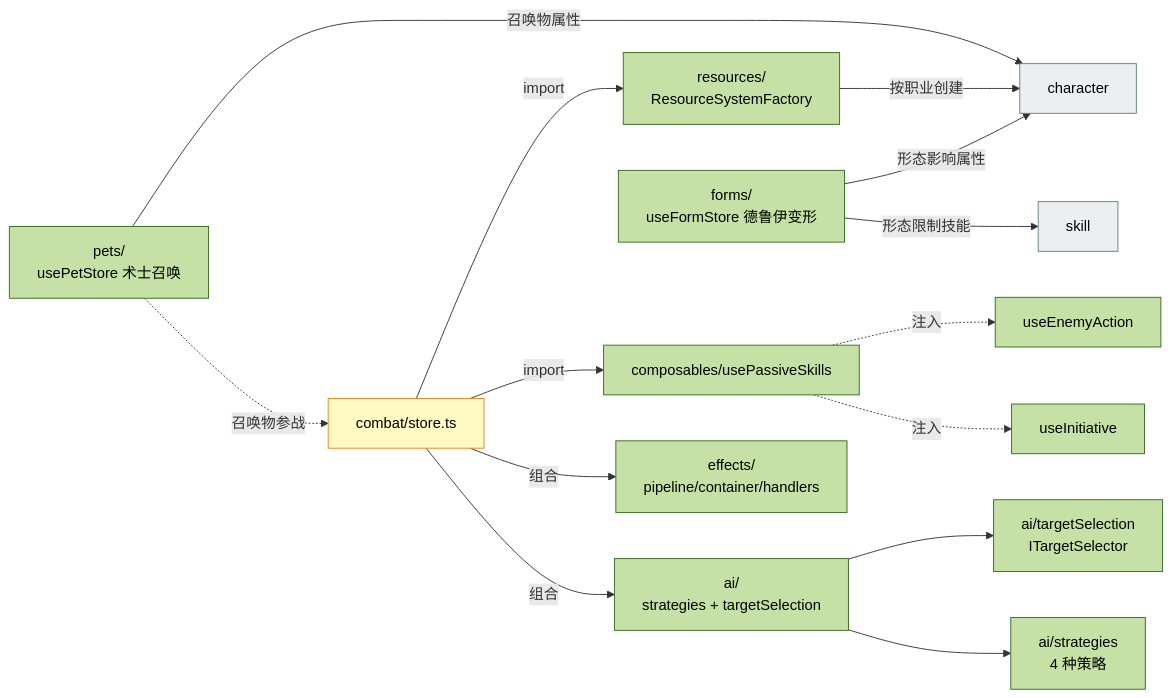
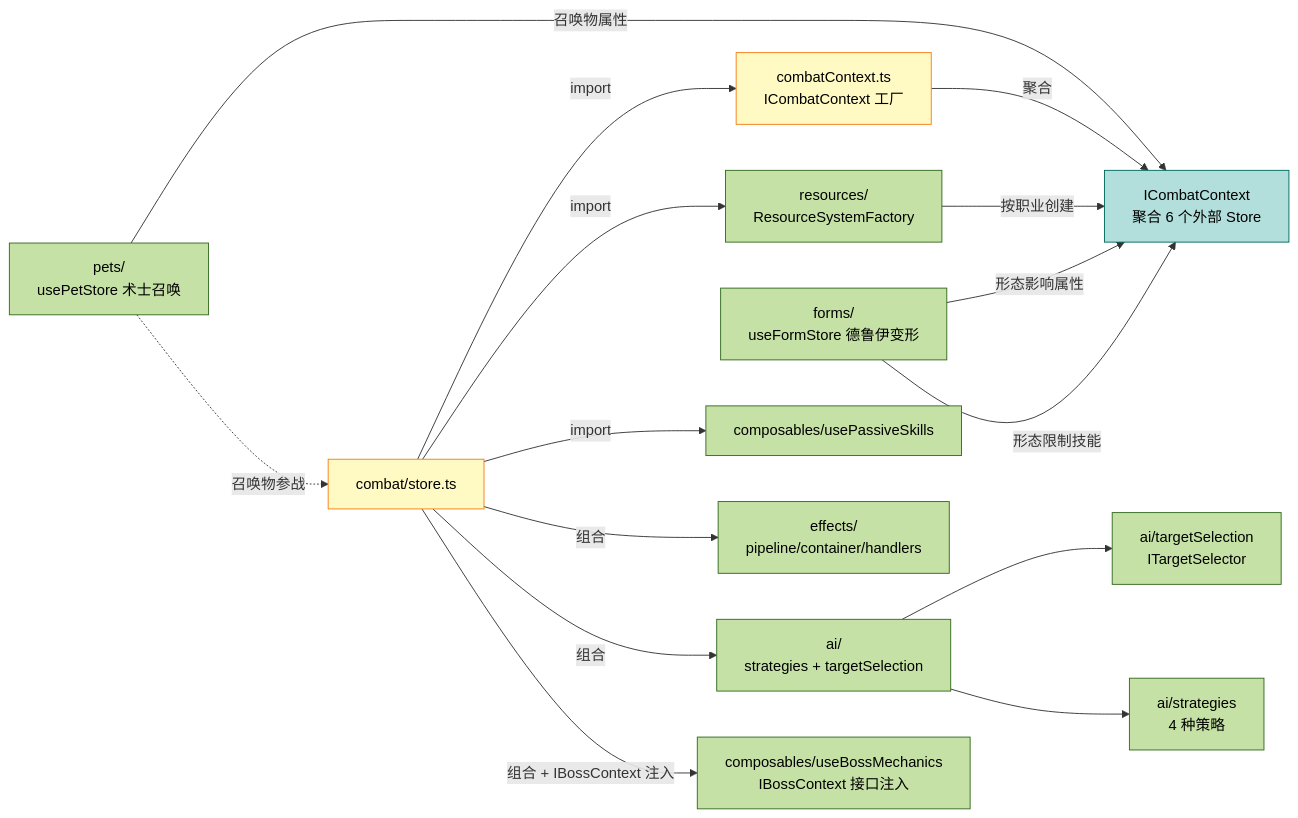
One commit to SonDemigods/wow_dnd changed the fourth of 10 diagrams in doc/project/DEPENDENCY_GRAPH.md. Above: the diagram before and after it, drawn with Mermaid. The commit also changed other lines of this file and 4 other files, not shown here.

````diff
--- a/doc/project/DEPENDENCY_GRAPH.md
+++ b/doc/project/DEPENDENCY_GRAPH.md
@@ -312,45 +373,47 @@
 ```mermaid
 graph LR
     %% ===== 战斗 Store 与子模块 =====
     combatStore[combat/store.ts]
+    combatContext[combatContext.ts<br/>ICombatContext 工厂]
     resources[resources/<br/>ResourceSystemFactory]
     passive[composables/usePassiveSkills]
     forms[forms/<br/>useFormStore 德鲁伊变形]
     pets[pets/<br/>usePetStore 术士召唤]
     ai[ai/<br/>strategies + targetSelection]
     effects[effects/<br/>pipeline/container/handlers]
+    bossMech[composables/useBossMechanics<br/>IBossContext 接口注入]
 
-    %% ===== 跨模块依赖 =====
-    character[character]
-    skill[skill]
+    %% ===== 跨模块依赖（经 ICombatContext 代理） =====
+    ctx[ICombatContext<br/>聚合 6 个外部 Store]
 
     %% ===== store 对子模块的静态依赖 =====
+    combatStore -->|import| combatContext
     combatStore -->|import| resources
     combatStore -->|import| passive
     combatStore -->|组合| effects
     combatStore -->|组合| ai
+    combatStore -->|组合 + IBossContext 注入| bossMech
 
-    %% ===== 被动技能注入关系 =====
-    passive -.->|注入| useEnemyAction[useEnemyAction]
-    passive -.->|注入| useInitiative[useInitiative]
+    %% ===== combatContext 聚合外部 Store =====
+    combatContext -->|聚合| ctx
+
+    %% ===== 职业差异化子模块对外依赖（经 ctx 或直接） =====
+    resources -->|按职业创建| ctx
+    forms -->|形态影响属性| ctx
+    forms -->|形态限制技能| ctx
+    pets -->|召唤物属性| ctx
+    pets -.->|召唤物参战| combatStore
 
     %% ===== AI 子系统内部 =====
     ai --> targetSelection[ai/targetSelection<br/>ITargetSelector]
     ai --> strategies[ai/strategies<br/>4 种策略]
 
-    %% ===== 职业差异化子模块对外依赖 =====
-    resources -->|按职业创建| character
-    forms -->|形态影响属性| character
-    forms -->|形态限制技能| skill
-    pets -->|召唤物属性| character
-    pets -.->|召唤物参战| combatStore
-
     %% ===== 样式 =====
     classDef storeLayer fill:#fff9c4,stroke:#f57f17,color:#000
     classDef subLayer fill:#c5e1a5,stroke:#33691e,color:#000
-    classDef ext fill:#eceff1,stroke:#607d8b,color:#000
+    classDef ctxLayer fill:#b2dfdb,stroke:#00695c,color:#000
 
-    class combatStore storeLayer
-    class resources,passive,forms,pets,ai,effects,targetSelection,strategies,useEnemyAction,useInitiative subLayer
-    class character,skill ext
+    class combatStore,combatContext storeLayer
+    class resources,passive,forms,pets,ai,effects,targetSelection,strategies,bossMech subLayer
+    class ctx ctxLayer
 ```
````
